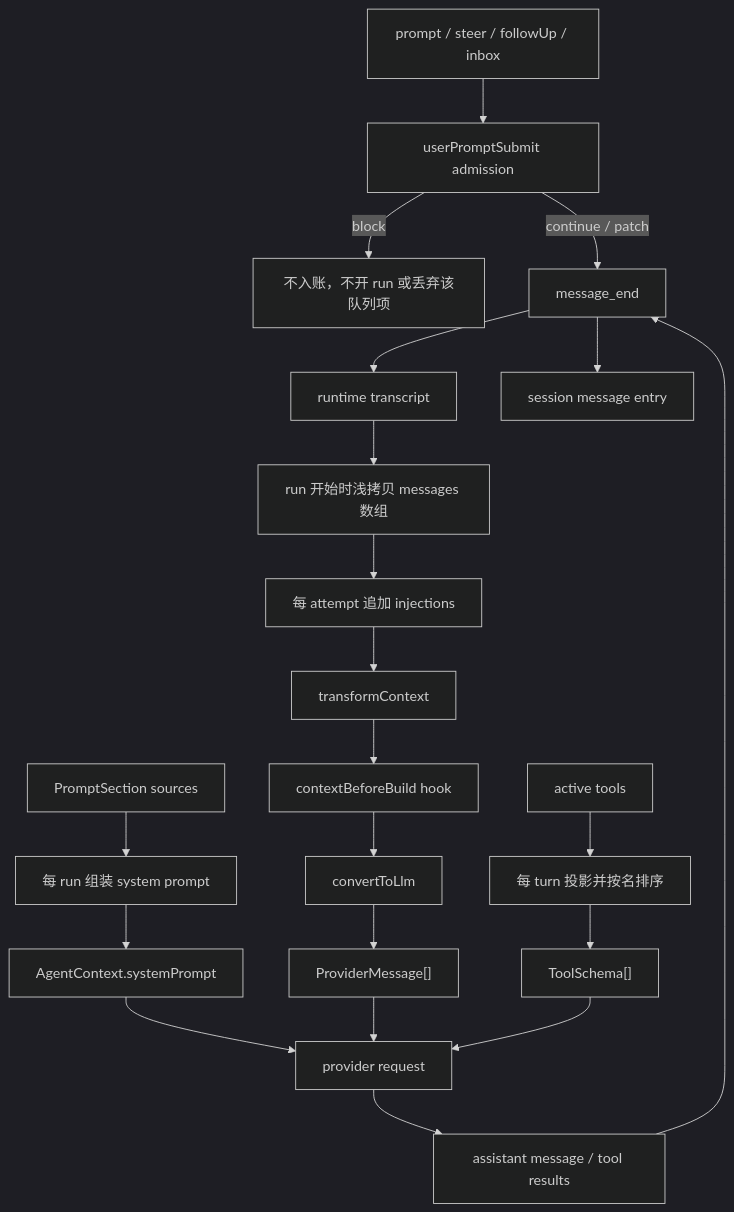
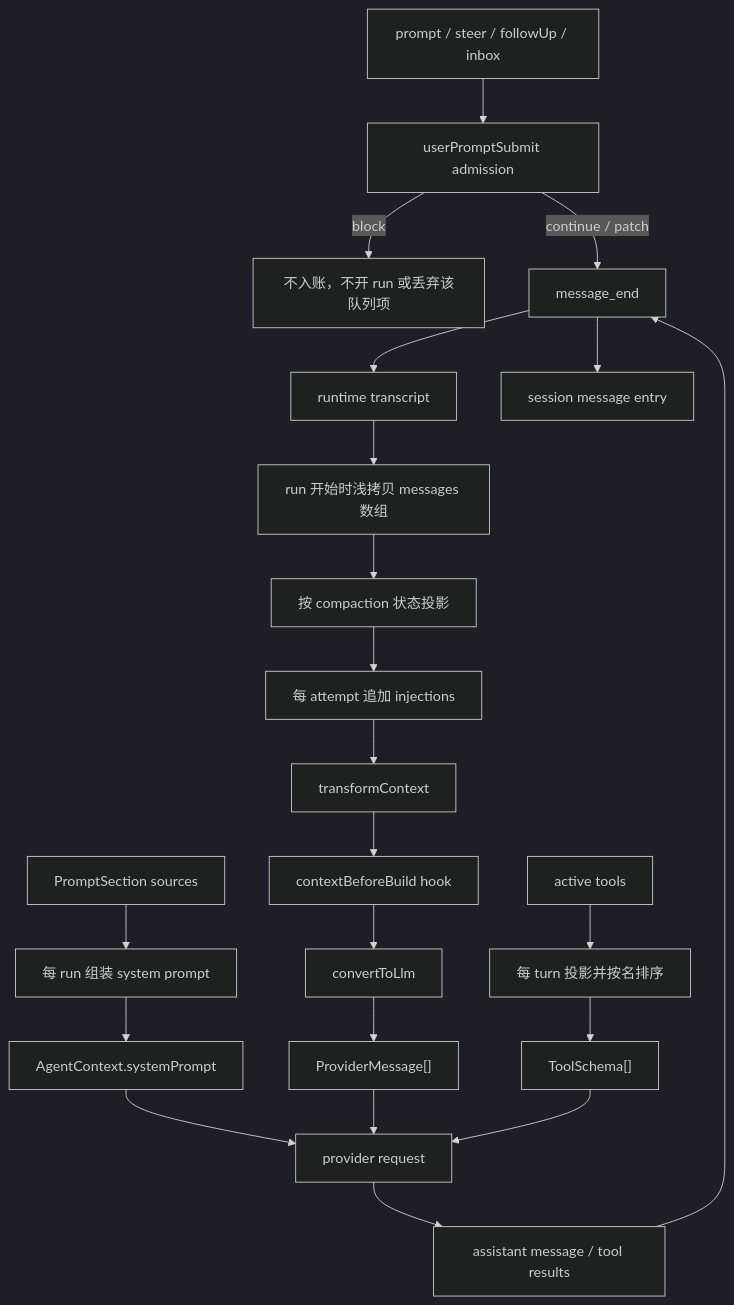
Before and after one commit to echo-yiyi/echo-agent: the diagram in docs/design/context-and-message-flow.md, drawn with Mermaid (dark theme). The commit also changed other lines of this file and 12 other files, not shown here.

````diff
--- a/docs/design/context-and-message-flow.md
+++ b/docs/design/context-and-message-flow.md
@@ -50,23 +34,24 @@
 ```mermaid
 flowchart TD
     A["prompt / steer / followUp / inbox"] --> B["userPromptSubmit admission"]
     B -->|block| X["不入账，不开 run 或丢弃该队列项"]
     B -->|continue / patch| C["message_end"]
     C --> D["runtime transcript"]
     C --> E["session message entry"]
     D --> F["run 开始时浅拷贝 messages 数组"]
     P["PromptSection sources"] --> Q["每 run 组装 system prompt"]
     Q --> R["AgentContext.systemPrompt"]
-    F --> G["每 attempt 追加 injections"]
+    F --> CV["按 compaction 状态投影"]
+    CV --> G["每 attempt 追加 injections"]
     G --> H["transformContext"]
     H --> I["contextBeforeBuild hook"]
     I --> J["convertToLlm"]
     J --> K["ProviderMessage[]"]
     T["active tools"] --> U["每 turn 投影并按名排序"]
     U --> V["ToolSchema[]"]
     R --> W["provider request"]
     K --> W
     V --> W
     W --> Y["assistant message / tool results"]
     Y --> C
 ```
````
